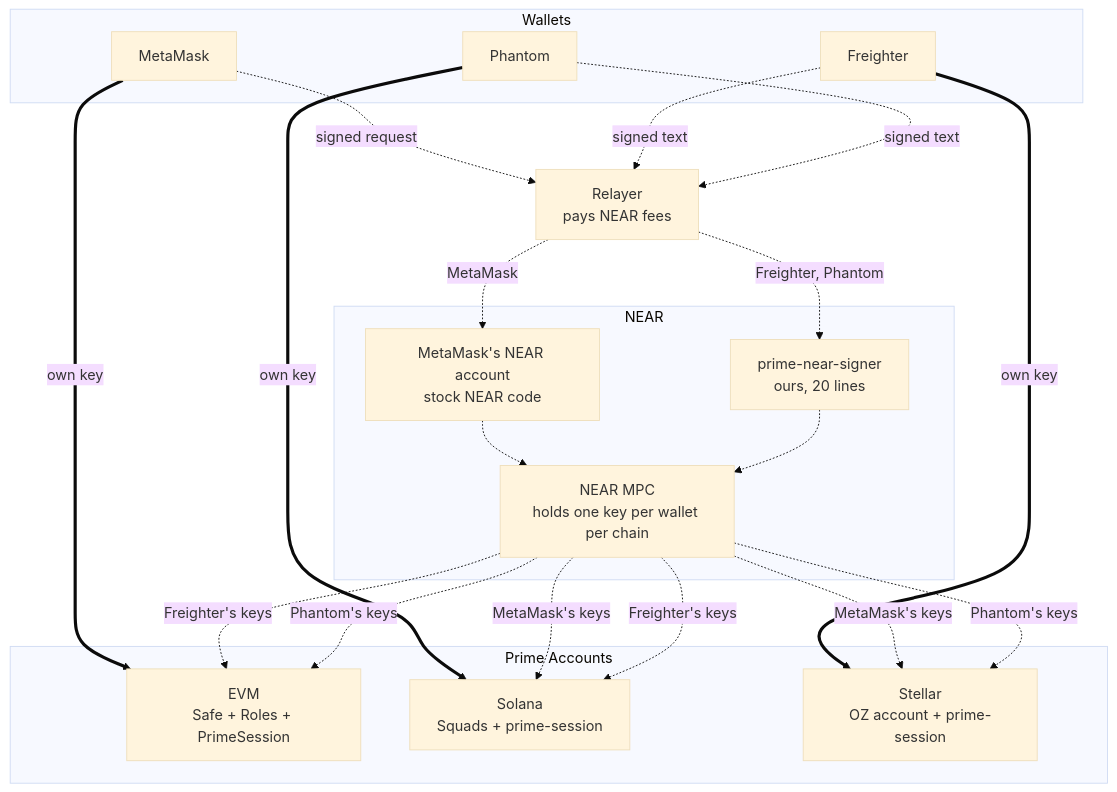
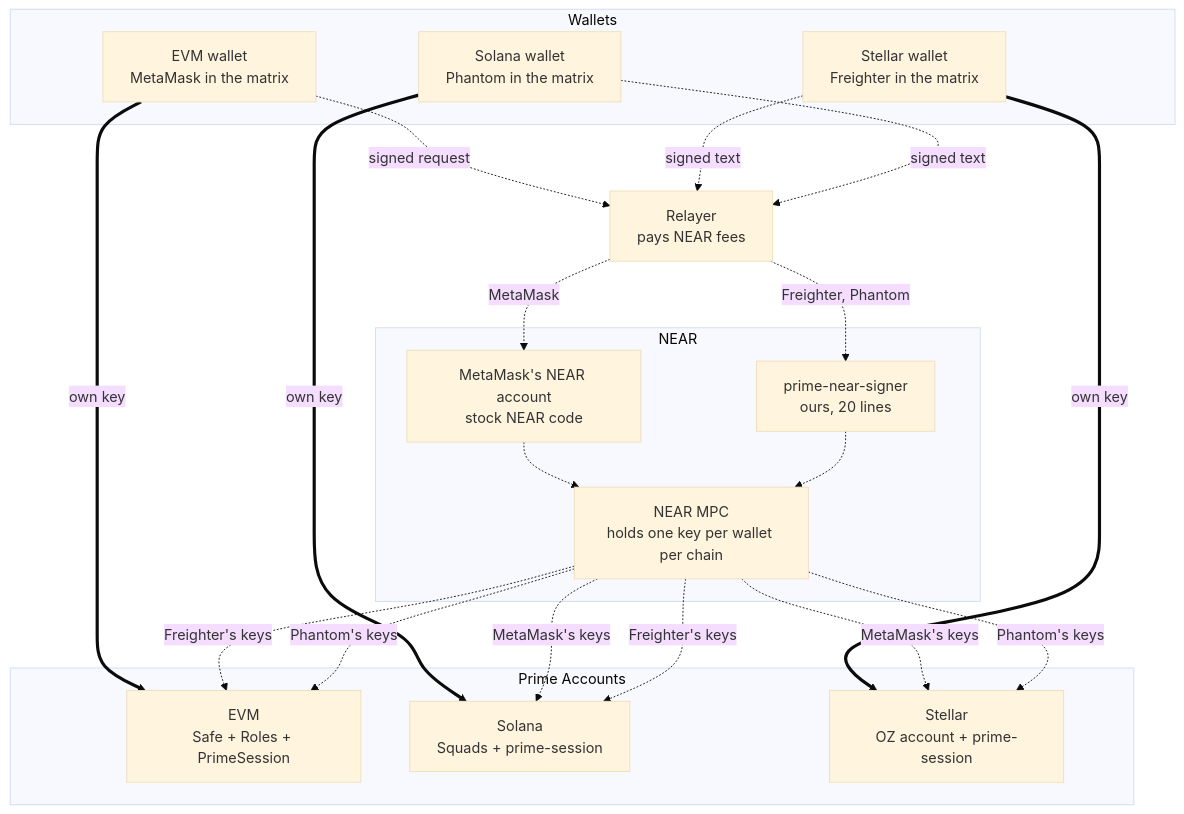
Before and after one commit to untangledfinance/oz-policy-builder: the first of 8 diagrams in contracts/prime-session/ARCHITECTURE.md, drawn with Mermaid (base theme). The commit also changed other lines of this file, not shown here.

````diff
--- a/contracts/prime-session/ARCHITECTURE.md
+++ b/contracts/prime-session/ARCHITECTURE.md
@@ -39,33 +44,33 @@
 ```mermaid
 flowchart TB
   subgraph W[Wallets]
-    MM[MetaMask]
-    FR[Freighter]
-    PH[Phantom]
+    MM[EVM wallet<br/>MetaMask in the matrix]
+    FR[Stellar wallet<br/>Freighter in the matrix]
+    PH[Solana wallet<br/>Phantom in the matrix]
   end
   R[Relayer<br/>pays NEAR fees]
   subgraph N[NEAR]
     EI[MetaMask's NEAR account<br/>stock NEAR code]
     SG[prime-near-signer<br/>ours, 20 lines]
     MPC[NEAR MPC<br/>holds one key per wallet per chain]
   end
   subgraph C[Prime Accounts]
     EVM[EVM<br/>Safe + Roles + PrimeSession]
     SOL[Solana<br/>Squads + prime-session]
     XLM[Stellar<br/>OZ account + prime-session]
   end
   MM == own key ==> EVM
   FR == own key ==> XLM
   PH == own key ==> SOL
   MM -. signed request .-> R
   FR -. signed text .-> R
   PH -. signed text .-> R
   R -. MetaMask .-> EI -.-> MPC
   R -. Freighter, Phantom .-> SG -.-> MPC
   MPC -. "MetaMask's keys" .-> SOL
   MPC -. "MetaMask's keys" .-> XLM
   MPC -. "Freighter's keys" .-> EVM
   MPC -. "Freighter's keys" .-> SOL
   MPC -. "Phantom's keys" .-> EVM
   MPC -. "Phantom's keys" .-> XLM
 ```
````
